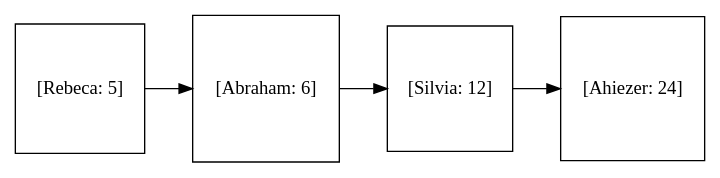
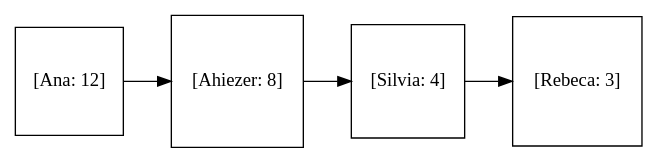
One commit to AhiezerRamirez/EDD_1S2020_PY1_201709062 changed the diagram in Scoreboard.dot. Above: the diagram before and after it, drawn with Graphviz. The commit also changed 33 other files, not shown here.

```diff
--- a/Scoreboard.dot
+++ b/Scoreboard.dot
@@ -1,3 +1,3 @@
 digraph G {node [shape = square]; 
  graph [rankdir=LR]; 
-"[Rebeca: 5]" ->"[Abraham: 6]" ->"[Silvia: 12]" ->"[Ahiezer: 24]"}
+"[Ana: 12]" ->"[Ahiezer: 8]" ->"[Silvia: 4]" ->"[Rebeca: 3]"}
```
